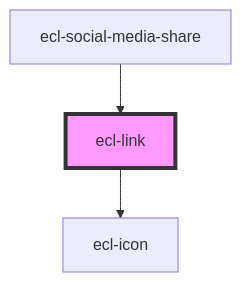
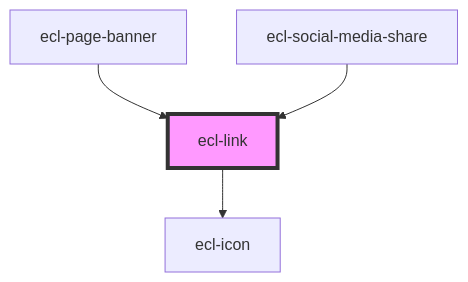
One commit to ec-europa/ecl-webcomponents changed the diagram in src/components/ecl-link/readme.md. Above: the diagram before and after it, drawn with Mermaid. The commit also changed other lines of this file and 12 other files, not shown here.

Commit message:
chore(webcomponents): Adding page banner

````diff
--- a/src/components/ecl-link/readme.md
+++ b/src/components/ecl-link/readme.md
@@ -31,6 +32,7 @@
 ```mermaid
 graph TD;
   ecl-link --> ecl-icon
+  ecl-page-banner --> ecl-link
   ecl-social-media-share --> ecl-link
   style ecl-link fill:#f9f,stroke:#333,stroke-width:4px
 ```
````
